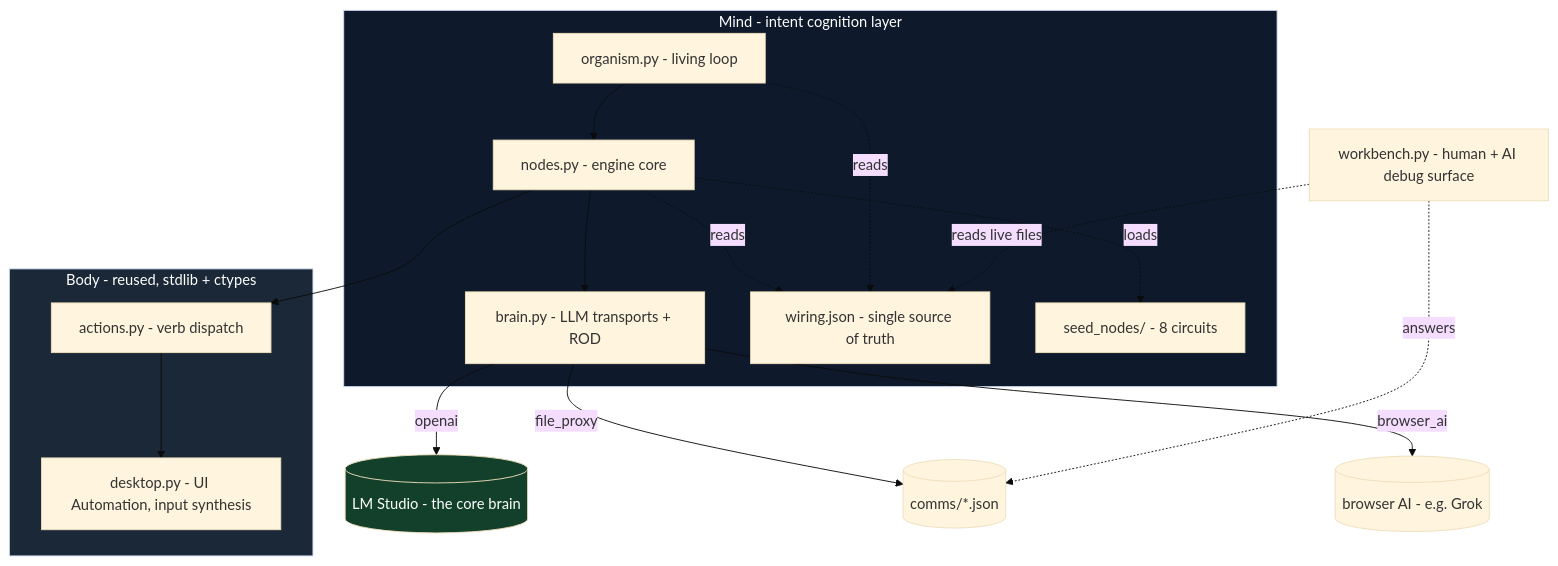
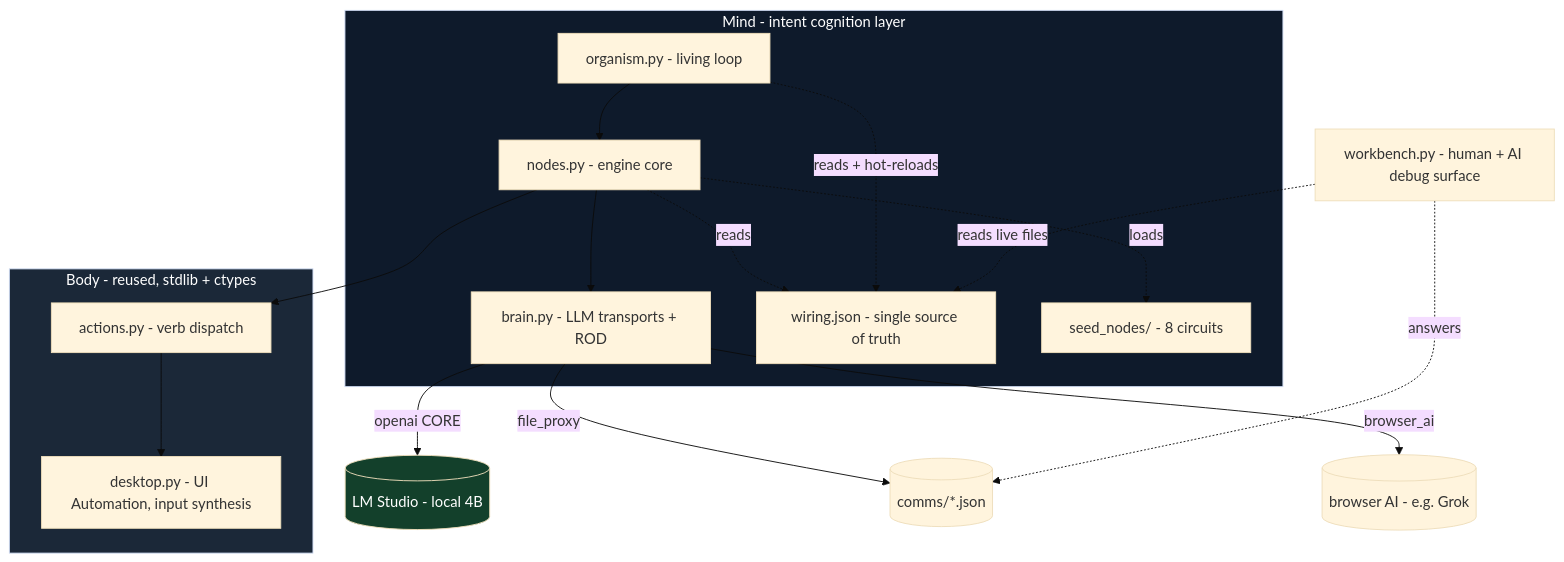
The second of 4 diagrams in README.md (wgabrys88/endgame-ai), drawn with Mermaid (base theme) before and after one commit. The commit also changed other lines of this file and 3 other files, not shown here.

````diff
--- a/README.md
+++ b/README.md
@@ -110,31 +219,31 @@
 ```mermaid
 graph TD
     subgraph body[Body - reused, stdlib + ctypes]
         DESK[desktop.py - UI Automation, input synthesis]
         ACT[actions.py - verb dispatch]
     end
     subgraph mind[Mind - intent cognition layer]
         ORG[organism.py - living loop]
         ENG[nodes.py - engine core]
         BR[brain.py - LLM transports + ROD]
         WIR[wiring.json - single source of truth]
         SEED[seed_nodes/ - 8 circuits]
     end
     WB[workbench.py - human + AI debug surface]
 
     ORG --> ENG
     ENG --> BR
     ENG --> ACT
     ACT --> DESK
     ENG -. reads .-> WIR
-    ORG -. reads .-> WIR
+    ORG -. reads + hot-reloads .-> WIR
     ENG -. loads .-> SEED
-    BR -->|openai| LMS[(LM Studio - the core brain)]
+    BR -->|openai CORE| LMS[(LM Studio - local 4B)]
     BR -->|file_proxy| COMMS[(comms/*.json)]
     BR -->|browser_ai| OPERA[(browser AI - e.g. Grok)]
     WB -. reads live files .-> WIR
     WB -. answers .-> COMMS
     style mind fill:#0e1a2b,color:#fff
     style body fill:#1b2838,color:#fff
     style LMS fill:#13402b,color:#fff
 ```
````
